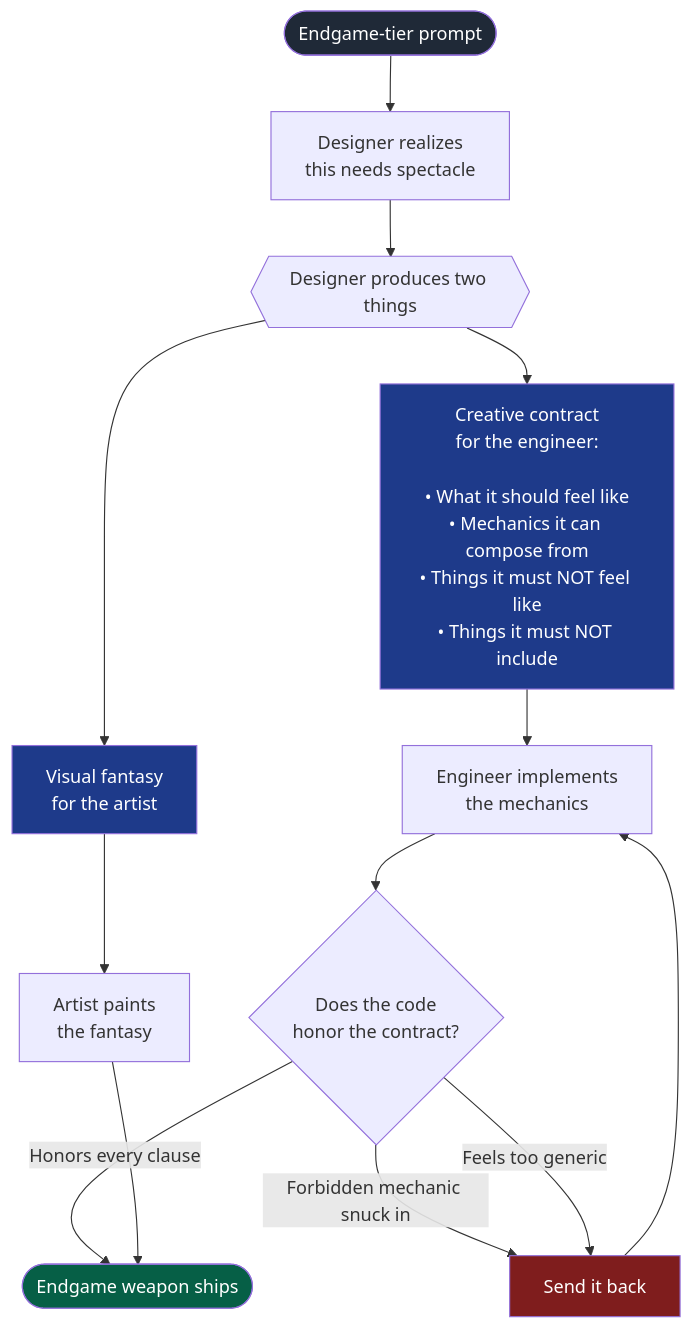
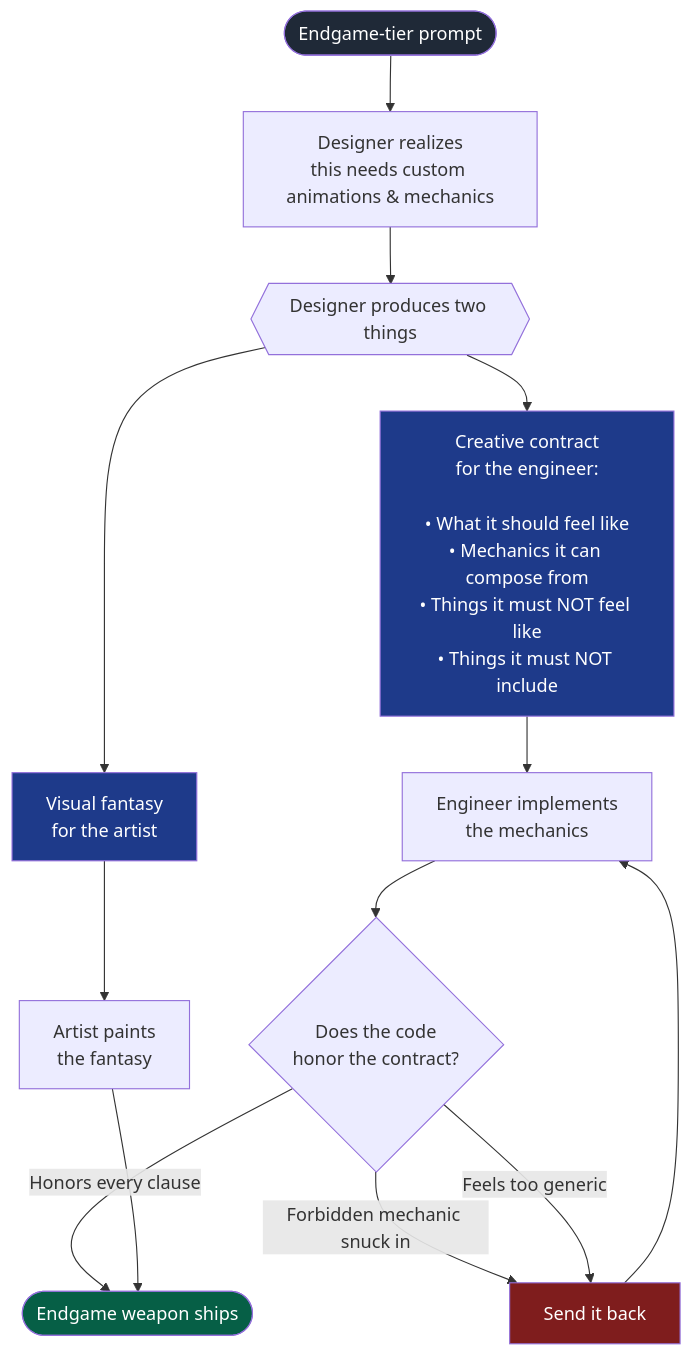
Before and after one commit to Mikop22/the-forge: the fourth of 5 diagrams in README.md, drawn with Mermaid.

````diff
--- a/README.md
+++ b/README.md
@@ -106,26 +106,26 @@
 ```mermaid
 flowchart TD
-    PROMPT([Endgame-tier prompt]) --> DESIGNER[Designer realizes<br/>this needs spectacle]
+    PROMPT([Endgame-tier prompt]) --> DESIGNER[Designer realizes<br/>this needs custom animations & mechanics]
 
     DESIGNER --> SPLIT{{Designer produces two things}}
 
     SPLIT --> FANTASY[Visual fantasy<br/>for the artist]
     SPLIT --> CONTRACT[Creative contract<br/>for the engineer:<br/><br/>• What it should feel like<br/>• Mechanics it can compose from<br/>• Things it must NOT feel like<br/>• Things it must NOT include]
 
     FANTASY --> ART[Artist paints<br/>the fantasy]
     CONTRACT --> CODE[Engineer implements<br/>the mechanics]
 
     CODE --> JUDGE{Does the code<br/>honor the contract?}
     JUDGE -->|Forbidden mechanic snuck in| REWRITE[Send it back]
     JUDGE -->|Feels too generic| REWRITE
     JUDGE -->|Honors every clause| SHIP([Endgame weapon ships])
     REWRITE --> CODE
 
     ART --> SHIP
 
     style PROMPT fill:#1f2937,color:#fff
     style CONTRACT fill:#1e3a8a,color:#fff
     style FANTASY fill:#1e3a8a,color:#fff
     style SHIP fill:#065f46,color:#fff
     style REWRITE fill:#7f1d1d,color:#fff
 ```
````
